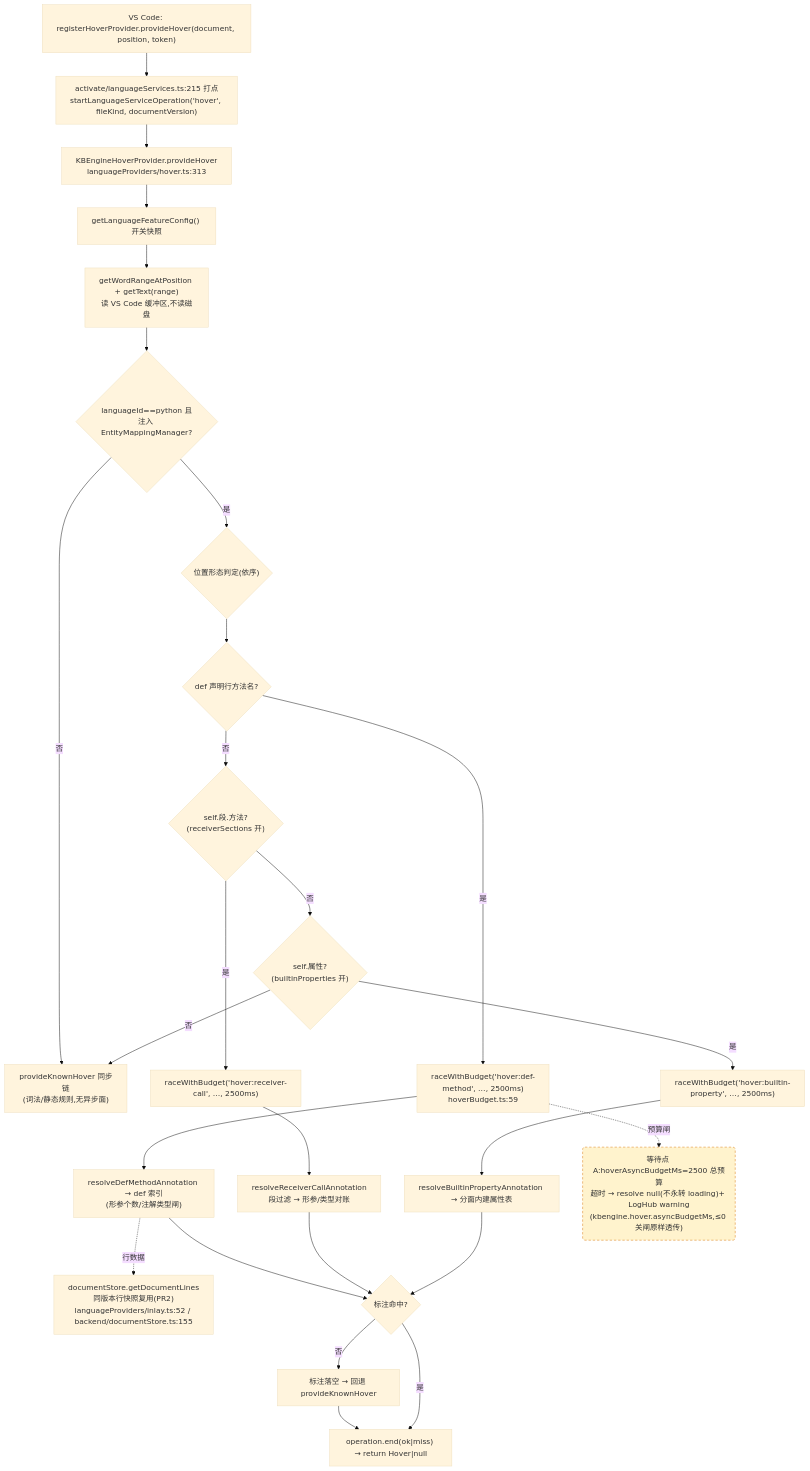
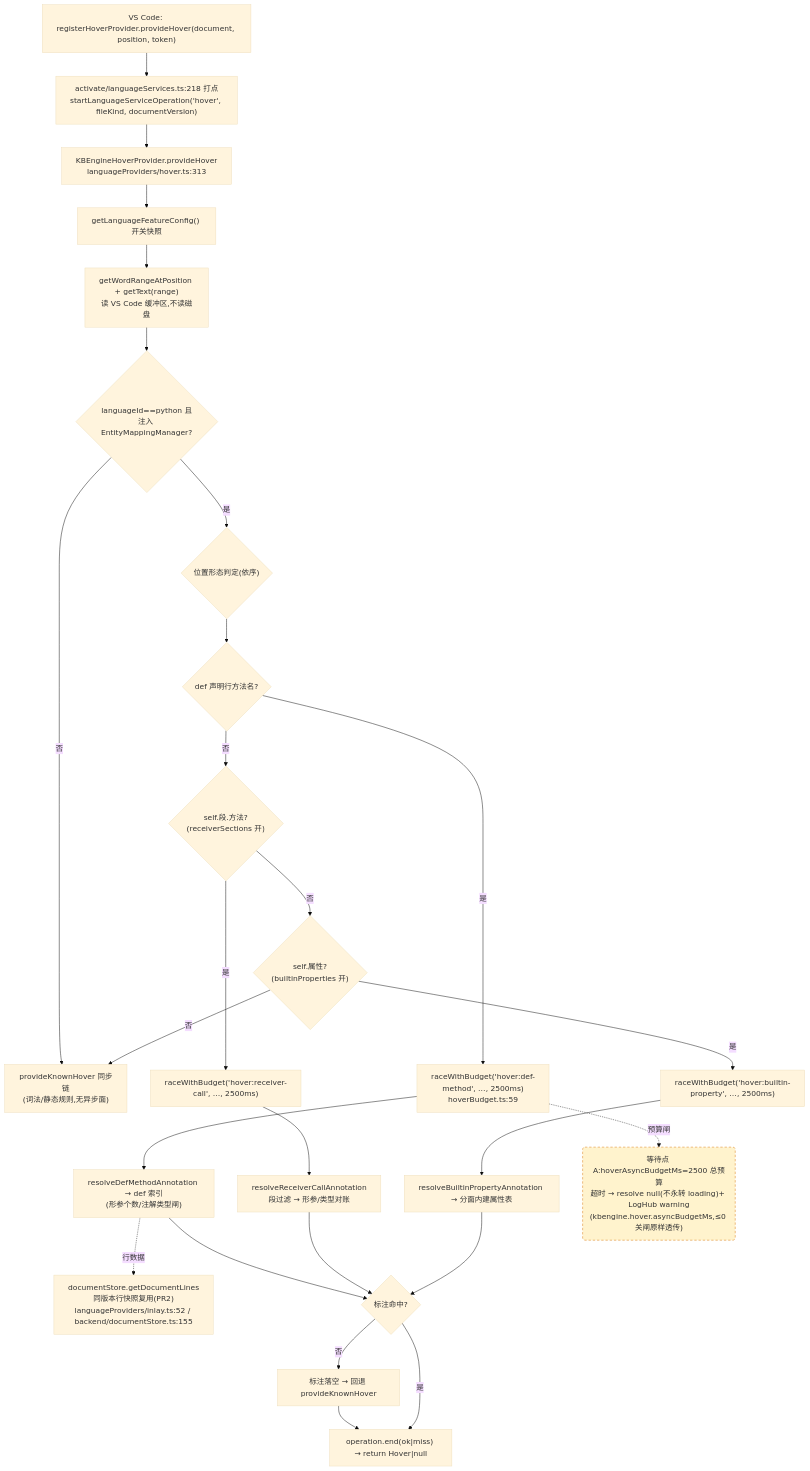
One commit to cuihairu/kode changed the first of 4 diagrams in docs/perf/2026-baseline.md. Above: the diagram before and after it, drawn with Mermaid (base theme). The commit also changed other lines of this file and 7 other files, not shown here.

````diff
--- a/docs/perf/2026-baseline.md
+++ b/docs/perf/2026-baseline.md
@@ -100,45 +100,45 @@
 ```mermaid
 flowchart TD
   VC1["VS Code: registerHoverProvider.provideHover(document, position, token)"]
-  M1["activate/languageServices.ts:215 打点<br/>startLanguageServiceOperation('hover', fileKind, documentVersion)"]
+  M1["activate/languageServices.ts:218 打点<br/>startLanguageServiceOperation('hover', fileKind, documentVersion)"]
   HP["KBEngineHoverProvider.provideHover<br/>languageProviders/hover.ts:313"]
   CFG["getLanguageFeatureConfig() 开关快照"]
   WORD["getWordRangeAtPosition + getText(range)<br/>读 VS Code 缓冲区,不读磁盘"]
   BR{"languageId==python 且<br/>注入 EntityMappingManager?"}
   KN["provideKnownHover 同步链<br/>(词法/静态规则,无异步面)"]
   POS{"位置形态判定(依序)"}
   D1{"def 声明行方法名?"}
   D2{"self.段.方法?<br/>(receiverSections 开)"}
   D3{"self.属性?<br/>(builtinProperties 开)"}
   RA1["raceWithBudget('hover:def-method', …, 2500ms)<br/>hoverBudget.ts:59"]
   RA2["raceWithBudget('hover:receiver-call', …, 2500ms)"]
   RA3["raceWithBudget('hover:builtin-property', …, 2500ms)"]
   RS1["resolveDefMethodAnnotation → def 索引<br/>(形参个数/注解类型闸)"]
   RS2["resolveReceiverCallAnnotation<br/>段过滤 → 形参/类型对账"]
   RS3["resolveBuiltinPropertyAnnotation → 分面内建属性表"]
   LINES["documentStore.getDocumentLines<br/>同版本行快照复用(PR2)<br/>languageProviders/inlay.ts:52 / backend/documentStore.ts:155"]
   MISS["标注落空 → 回退 provideKnownHover"]
   END1["operation.end(ok|miss) → return Hover|null"]
 
   VC1 --> M1 --> HP --> CFG --> WORD --> BR
   BR -- "否" --> KN
   BR -- "是" --> POS --> D1
   D1 -- "是" --> RA1 --> RS1
   D1 -- "否" --> D2
   D2 -- "是" --> RA2 --> RS2
   D2 -- "否" --> D3
   D3 -- "是" --> RA3 --> RS3
   D3 -- "否" --> KN
   RS1 --> HIT{"标注命中?"}
   RS2 --> HIT
   RS3 --> HIT
   RS1 -.->|行数据| LINES
   HIT -- "否" --> MISS --> END1
   HIT -- "是" --> END1
 
   WAITA("等待点 A:hoverAsyncBudgetMs=2500 总预算<br/>超时 → resolve null(不永转 loading)+ LogHub warning<br/>(kbengine.hover.asyncBudgetMs,≤0 关闸原样透传)")
   RA1 -.->|预算闸| WAITA
 
   classDef waitPoint fill:#fff3cd,stroke:#d97706,stroke-dasharray:5 4;
   class WAITA waitPoint;
 ```
````
